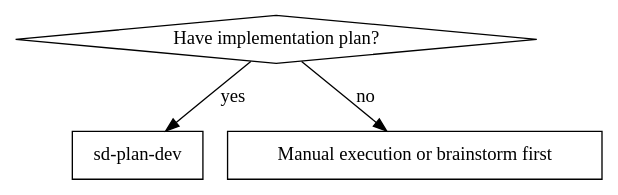
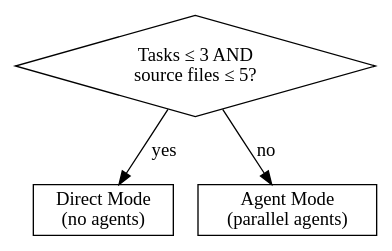
Before and after one commit to kslhunter/simplysm: the first of 2 diagrams in .claude/skills/sd-plan-dev/SKILL.md, drawn with Graphviz. The commit also changed other lines of this file and 4 other files, not shown here.

First line of the commit message:
docs(sd-plan-dev): redesign skill with direct and agent mode selection

````diff
--- a/.claude/skills/sd-plan-dev/SKILL.md
+++ b/.claude/skills/sd-plan-dev/SKILL.md
@@ -15,10 +20,10 @@
 ```dot
-digraph when_to_use {
-    "Have implementation plan?" [shape=diamond];
-    "sd-plan-dev" [shape=box];
-    "Manual execution or brainstorm first" [shape=box];
+digraph mode {
+    "Tasks ≤ 3 AND\nsource files ≤ 5?" [shape=diamond];
+    "Direct Mode\n(no agents)" [shape=box];
+    "Agent Mode\n(parallel agents)" [shape=box];
 
-    "Have implementation plan?" -> "sd-plan-dev" [label="yes"];
-    "Have implementation plan?" -> "Manual execution or brainstorm first" [label="no"];
+    "Tasks ≤ 3 AND\nsource files ≤ 5?" -> "Direct Mode\n(no agents)" [label="yes"];
+    "Tasks ≤ 3 AND\nsource files ≤ 5?" -> "Agent Mode\n(parallel agents)" [label="no"];
 }
 ```
````
